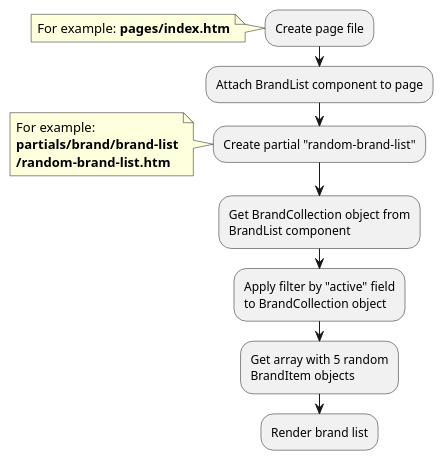
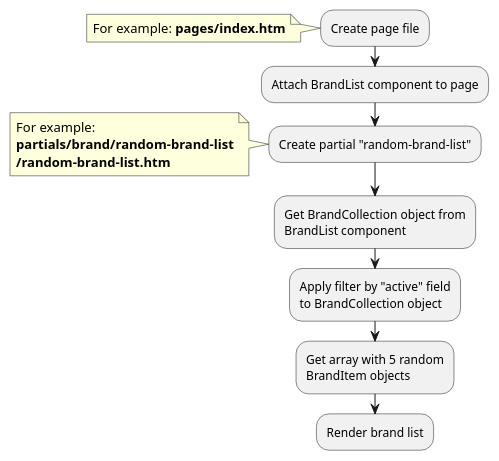
One commit to oc-shopaholic/oc-shopaholic-docs changed the second of 4 diagrams in modules/brand/examples.md. Above: the diagram before and after it, drawn with PlantUML. The commit also changed other lines of this file and 16 other files, not shown here.

````diff
--- a/modules/brand/examples.md
+++ b/modules/brand/examples.md
@@ -104,22 +67,22 @@
 ```plantuml
 @startuml
 :Create page file;
 note left
     For example: **pages/index.htm**
 end note
 :Attach BrandList component to page;
 :Create partial "random-brand-list";
 note left
     For example:
-    **partials/brand/brand-list**
+    **partials/brand/random-brand-list**
     **/random-brand-list.htm**
 end note
 :Get BrandCollection object from
 BrandList component;
 :Apply filter by "active" field
 to BrandCollection object;
 :Get array with 5 random
 BrandItem objects;
 :Render brand list;
 @enduml
 ```
````
